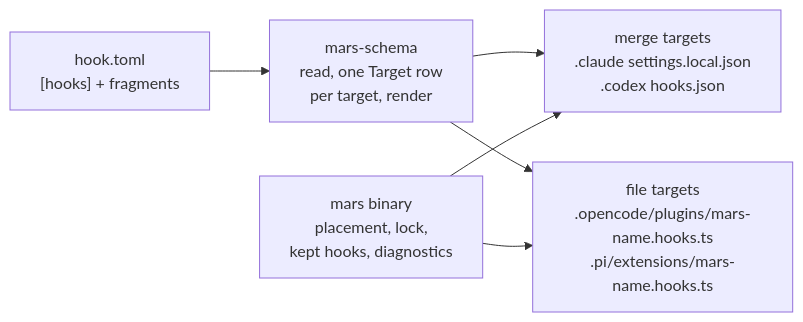
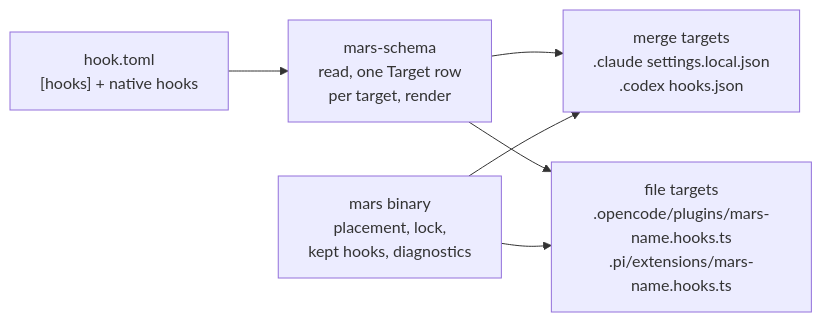
The diagram in kb/decisions/mars-portable-hooks.md (haowjy/meridian-cli-kb), drawn with Mermaid before and after one commit. The commit also changed other lines of this file and 3 other files, not shown here.

````diff
--- a/kb/decisions/mars-portable-hooks.md
+++ b/kb/decisions/mars-portable-hooks.md
@@ -18,8 +22,8 @@
 ```mermaid
 flowchart LR
-    T["hook.toml<br/>[hooks] + fragments"] --> S["mars-schema<br/>read, one Target row<br/>per target, render"]
+    T["hook.toml<br/>[hooks] + native hooks"] --> S["mars-schema<br/>read, one Target row<br/>per target, render"]
     S --> M["merge targets<br/>.claude settings.local.json<br/>.codex hooks.json"]
     S --> F["file targets<br/>.opencode/plugins/mars-name.hooks.ts<br/>.pi/extensions/mars-name.hooks.ts"]
     B["mars binary<br/>placement, lock,<br/>kept hooks, diagnostics"] --> M
     B --> F
 ```
````
